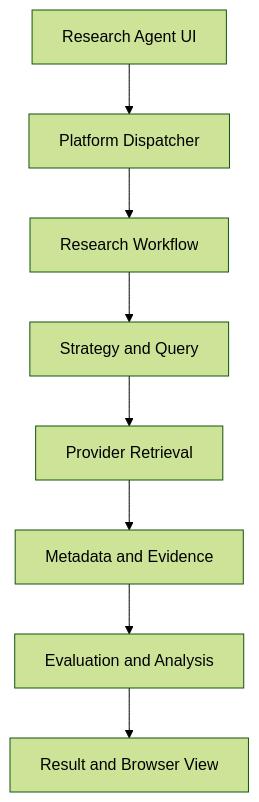
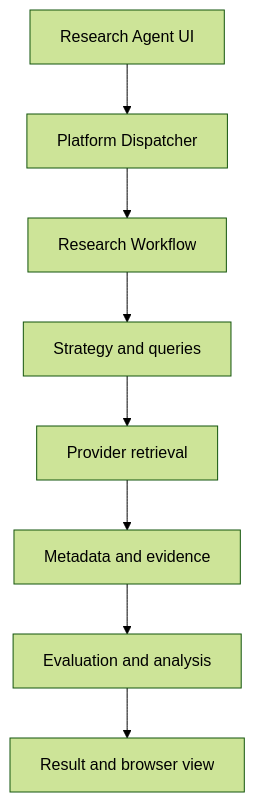
One commit to pgailinas/project0 changed the first of 2 diagrams in docs/agents/research/Research_Agent_Architecture.md. Above: the diagram before and after it, drawn with Mermaid (forest theme). The commit also changed other lines of this file and 1 other file, not shown here.

Commit message:
Update 2 Architecture documents

````diff
--- a/docs/agents/research/Research_Agent_Architecture.md
+++ b/docs/agents/research/Research_Agent_Architecture.md
@@ -40,19 +23,10 @@
-~~~mermaid
+```mermaid
 flowchart TD
-    UI["Research Agent UI"]
-    PD["Platform Dispatcher"]
-    RW["Research Workflow"]
-    S["Strategy and Query"]
-    R["Provider Retrieval"]
-    E["Metadata and Evidence"]
-    A["Evaluation and Analysis"]
-    O["Result and Browser View"]
-
-    UI --> PD
-    PD --> RW
-    RW --> S
-    S --> R
-    R --> E
-    E --> A
-    A --> O
-~~~
+    UI["Research Agent UI"] --> PD["Platform Dispatcher"]
+    PD --> RW["Research Workflow"]
+    RW --> SQ["Strategy and queries"]
+    SQ --> PR["Provider retrieval"]
+    PR --> ME["Metadata and evidence"]
+    ME --> EA["Evaluation and analysis"]
+    EA --> RV["Result and browser view"]
+```
````
